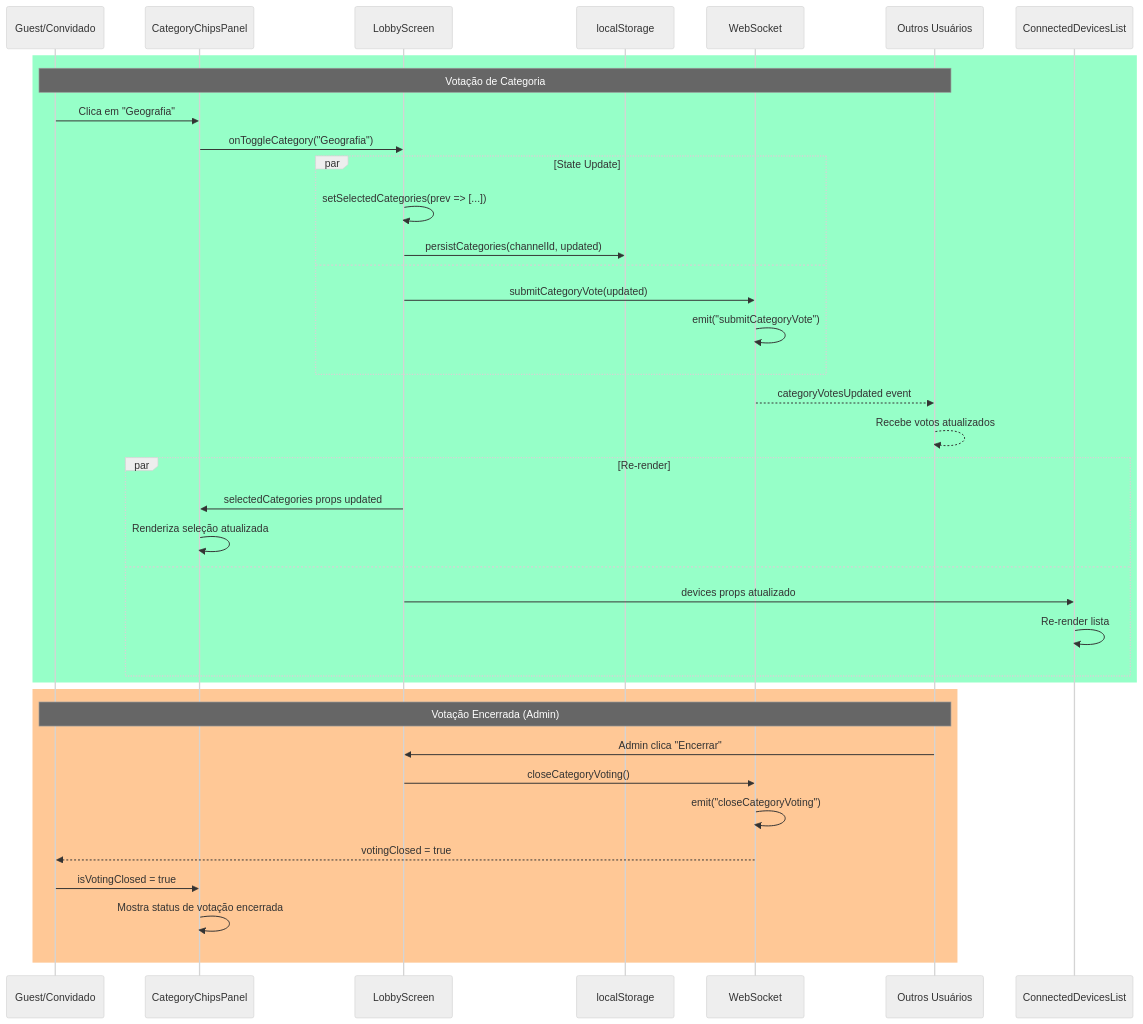
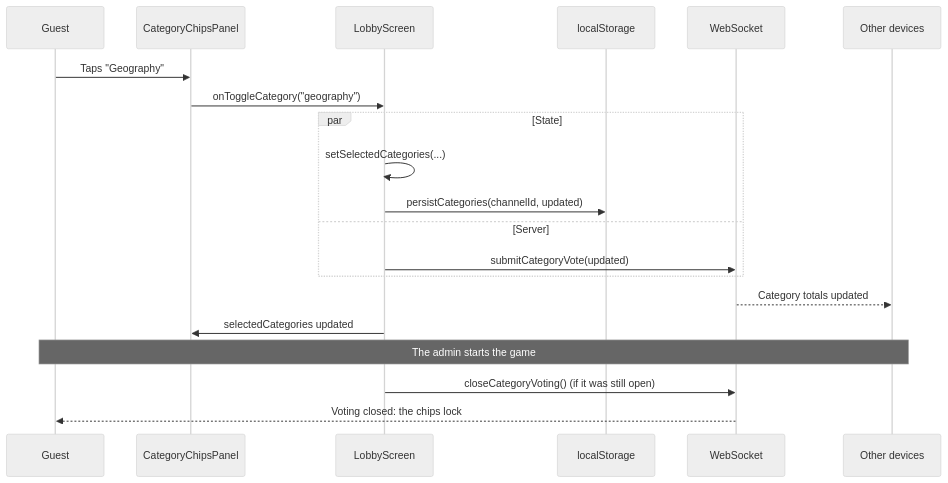
The second of 2 diagrams in src/components/lobby/README.md (victordsgamorim/quiz-credo), drawn with Mermaid (neutral theme) before and after one commit. The commit also changed other lines of this file and 5 other files, not shown here.

````diff
--- a/src/components/lobby/README.md
+++ b/src/components/lobby/README.md
@@ -164,44 +143,26 @@
 ```mermaid
 sequenceDiagram
-    participant Guest as Guest/Convidado
-    participant CategoryChipsPanel as CategoryChipsPanel
-    participant LobbyScreen as LobbyScreen
+    participant Guest
+    participant Chips as CategoryChipsPanel
+    participant LS as LobbyScreen
     participant Storage as localStorage
     participant Socket as WebSocket
-    participant OtherUsers as Outros Usuários
+    participant Others as Other devices
 
-    rect rgb(150, 255, 200)
-        Note over Guest,OtherUsers: Votação de Categoria
-        Guest->>CategoryChipsPanel: Clica em "Geografia"
-        CategoryChipsPanel->>LobbyScreen: onToggleCategory("Geografia")
+    Guest->>Chips: Taps "Geography"
+    Chips->>LS: onToggleCategory("geography")
 
-        par State Update
-            LobbyScreen->>LobbyScreen: setSelectedCategories(prev => [...])
-            LobbyScreen->>Storage: persistCategories(channelId, updated)
-        and
-            LobbyScreen->>Socket: submitCategoryVote(updated)
-            Socket->>Socket: emit("submitCategoryVote")
-        end
-
-        Socket-->>OtherUsers: categoryVotesUpdated event
-        OtherUsers-->>OtherUsers: Recebe votos atualizados
-
-        par Re-render
-            LobbyScreen->>CategoryChipsPanel: selectedCategories props updated
-            CategoryChipsPanel->>CategoryChipsPanel: Renderiza seleção atualizada
-        and
-            LobbyScreen->>ConnectedDevicesList: devices props atualizado
-            ConnectedDevicesList->>ConnectedDevicesList: Re-render lista
-        end
+    par State
+        LS->>LS: setSelectedCategories(...)
+        LS->>Storage: persistCategories(channelId, updated)
+    and Server
+        LS->>Socket: submitCategoryVote(updated)
     end
 
-    rect rgb(255, 200, 150)
-        Note over Guest,OtherUsers: Votação Encerrada (Admin)
-        OtherUsers->>LobbyScreen: Admin clica "Encerrar"
-        LobbyScreen->>Socket: closeCategoryVoting()
-        Socket->>Socket: emit("closeCategoryVoting")
-        Socket-->>Guest: votingClosed = true
-        Guest->>CategoryChipsPanel: isVotingClosed = true
-        CategoryChipsPanel->>CategoryChipsPanel: Mostra status de votação encerrada
-    end
+    Socket-->>Others: Category totals updated
+    LS->>Chips: selectedCategories updated
+
+    Note over Guest,Others: The admin starts the game
+    LS->>Socket: closeCategoryVoting() (if it was still open)
+    Socket-->>Guest: Voting closed: the chips lock
 ```
````
